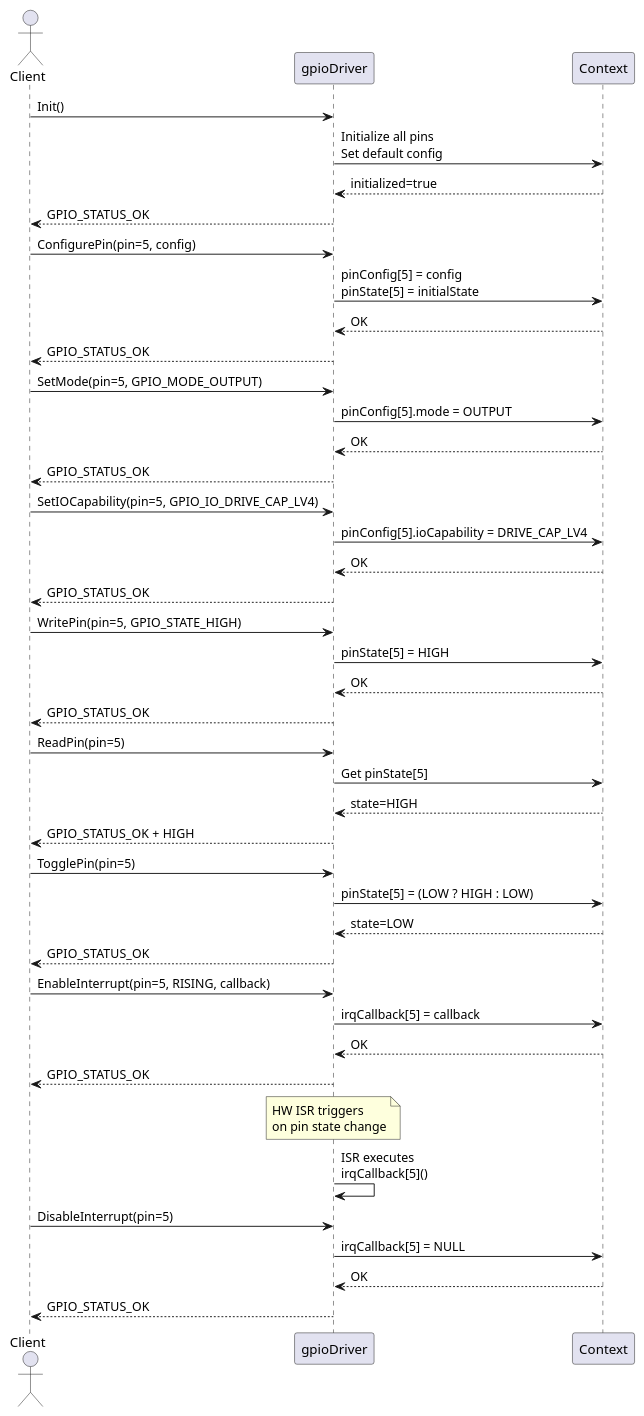
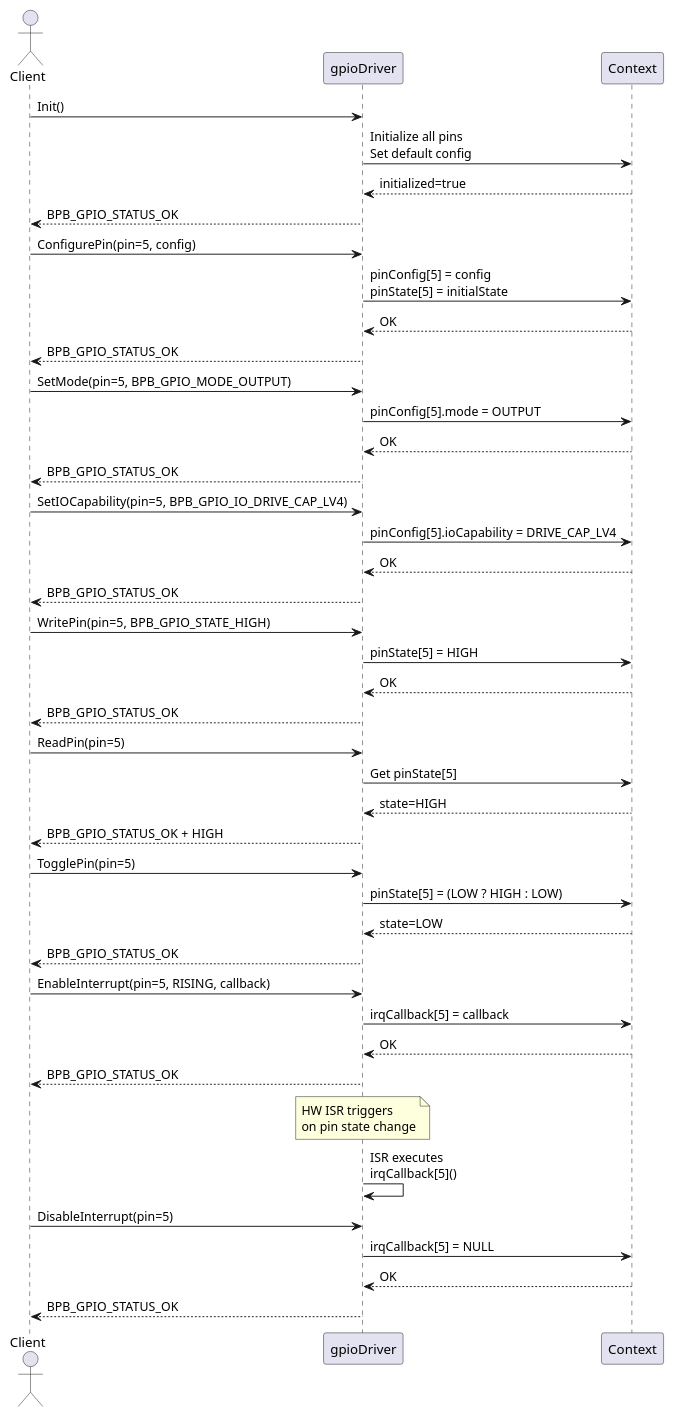
One commit to LinhTrucVo/Bico_Protocol_Bridge changed the diagram in 3_swComp/layer1Driver/gpioDriver/2_design/gpioDriverSequenceDiagram.puml. Above: the diagram before and after it, drawn with PlantUML. The commit also changed 195 other files, not shown here.

```diff
--- a/3_swComp/layer1Driver/gpioDriver/2_design/gpioDriverSequenceDiagram.puml
+++ b/3_swComp/layer1Driver/gpioDriver/2_design/gpioDriverSequenceDiagram.puml
@@ -1,53 +1,53 @@
 @startuml gpioDriverSequenceDiagram
 actor Client
 participant "gpioDriver" as gpio
 participant "Context" as ctx
 
 Client -> gpio : Init()
 gpio -> ctx : Initialize all pins\nSet default config
 ctx --> gpio : initialized=true
-gpio --> Client : GPIO_STATUS_OK
+gpio --> Client : BPB_GPIO_STATUS_OK
 
 Client -> gpio : ConfigurePin(pin=5, config)
 gpio -> ctx : pinConfig[5] = config\npinState[5] = initialState
 ctx --> gpio : OK
-gpio --> Client : GPIO_STATUS_OK
+gpio --> Client : BPB_GPIO_STATUS_OK
 
-Client -> gpio : SetMode(pin=5, GPIO_MODE_OUTPUT)
+Client -> gpio : SetMode(pin=5, BPB_GPIO_MODE_OUTPUT)
 gpio -> ctx : pinConfig[5].mode = OUTPUT
 ctx --> gpio : OK
-gpio --> Client : GPIO_STATUS_OK
+gpio --> Client : BPB_GPIO_STATUS_OK
 
-Client -> gpio : SetIOCapability(pin=5, GPIO_IO_DRIVE_CAP_LV4)
+Client -> gpio : SetIOCapability(pin=5, BPB_GPIO_IO_DRIVE_CAP_LV4)
 gpio -> ctx : pinConfig[5].ioCapability = DRIVE_CAP_LV4
 ctx --> gpio : OK
-gpio --> Client : GPIO_STATUS_OK
+gpio --> Client : BPB_GPIO_STATUS_OK
 
-Client -> gpio : WritePin(pin=5, GPIO_STATE_HIGH)
+Client -> gpio : WritePin(pin=5, BPB_GPIO_STATE_HIGH)
 gpio -> ctx : pinState[5] = HIGH
 ctx --> gpio : OK
-gpio --> Client : GPIO_STATUS_OK
+gpio --> Client : BPB_GPIO_STATUS_OK
 
 Client -> gpio : ReadPin(pin=5)
 gpio -> ctx : Get pinState[5]
 ctx --> gpio : state=HIGH
-gpio --> Client : GPIO_STATUS_OK + HIGH
+gpio --> Client : BPB_GPIO_STATUS_OK + HIGH
 
 Client -> gpio : TogglePin(pin=5)
 gpio -> ctx : pinState[5] = (LOW ? HIGH : LOW)
 ctx --> gpio : state=LOW
-gpio --> Client : GPIO_STATUS_OK
+gpio --> Client : BPB_GPIO_STATUS_OK
 
 Client -> gpio : EnableInterrupt(pin=5, RISING, callback)
 gpio -> ctx : irqCallback[5] = callback
 ctx --> gpio : OK
-gpio --> Client : GPIO_STATUS_OK
+gpio --> Client : BPB_GPIO_STATUS_OK
 
 note over gpio : HW ISR triggers\non pin state change
 gpio -> gpio : ISR executes\nirqCallback[5]()
 
 Client -> gpio : DisableInterrupt(pin=5)
 gpio -> ctx : irqCallback[5] = NULL
 ctx --> gpio : OK
-gpio --> Client : GPIO_STATUS_OK
+gpio --> Client : BPB_GPIO_STATUS_OK
 @enduml
```
